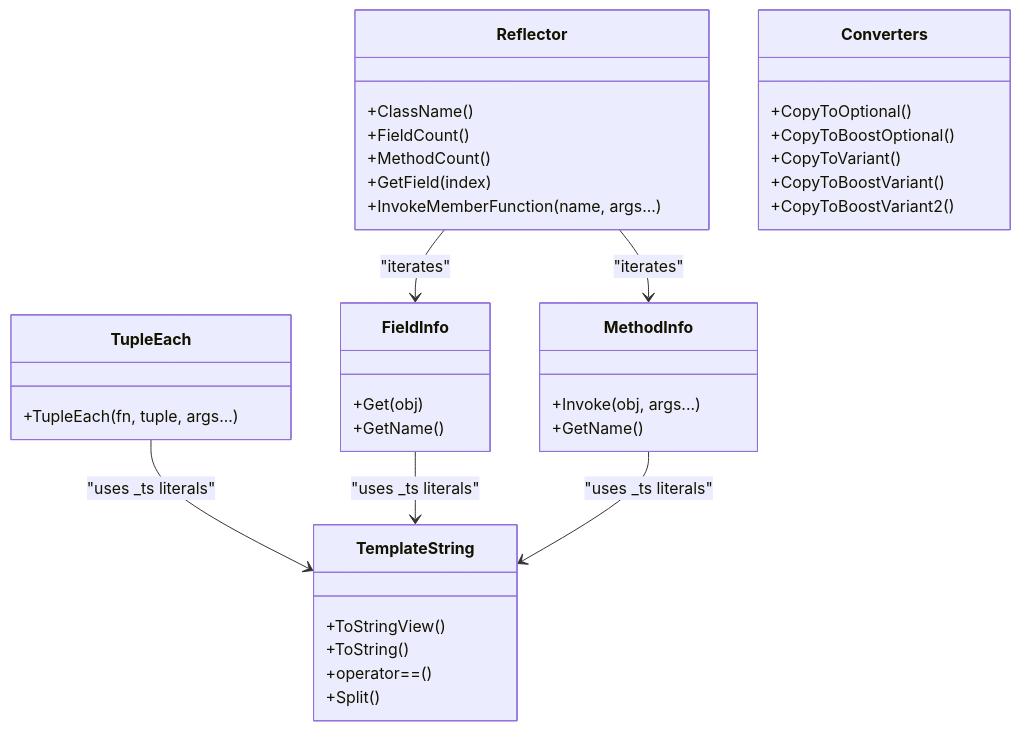
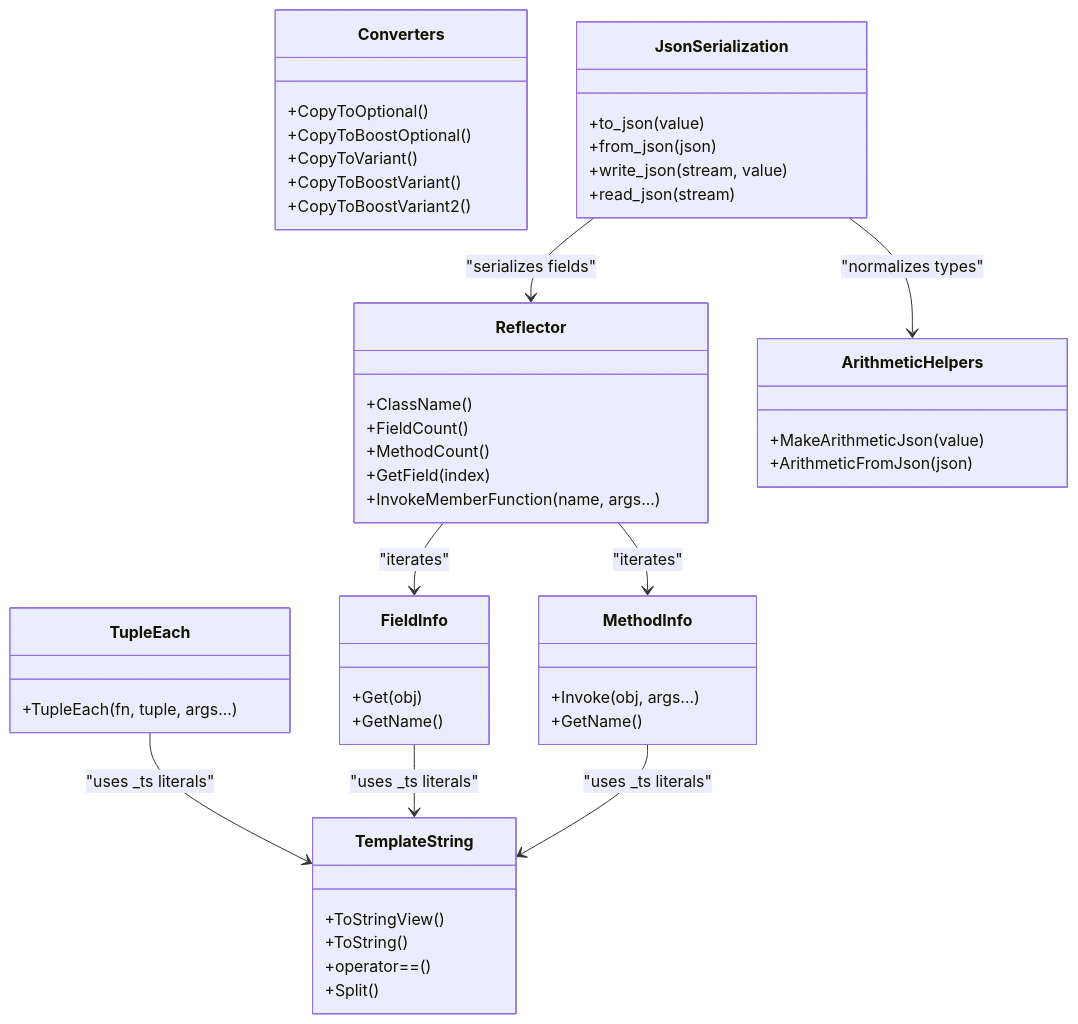
Before and after one commit to hsmbanlance/HsBaSlicer: the second of 7 diagrams in .qoder/repowiki/en/content/Core Modules/Foundation Layer (base_)/Template Metaprogramming Helpers.md, drawn with Mermaid. The commit also changed other lines of this file and 66 other files, not shown here.

````diff
--- a/.qoder/repowiki/en/content/Core Modules/Foundation Layer (base_)/Template Metaprogramming Helpers.md
+++ b/.qoder/repowiki/en/content/Core Modules/Foundation Layer (base_)/Template Metaprogramming Helpers.md
@@ -91,39 +109,51 @@
 ```mermaid
 classDiagram
 class TemplateString {
 +ToStringView()
 +ToString()
 +operator==()
 +Split()
 }
 class TupleEach {
 +TupleEach(fn, tuple, args...)
 }
 class FieldInfo {
 +Get(obj)
 +GetName()
 }
 class MethodInfo {
 +Invoke(obj, args...)
 +GetName()
 }
 class Reflector {
 +ClassName()
 +FieldCount()
 +MethodCount()
 +GetField(index)
 +InvokeMemberFunction(name, args...)
 }
 class Converters {
 +CopyToOptional()
 +CopyToBoostOptional()
 +CopyToVariant()
 +CopyToBoostVariant()
 +CopyToBoostVariant2()
 }
+class ArithmeticHelpers {
++MakeArithmeticJson(value)
++ArithmeticFromJson(json)
+}
+class JsonSerialization {
++to_json(value)
++from_json(json)
++write_json(stream, value)
++read_json(stream)
+}
 TupleEach --> TemplateString : "uses _ts literals"
 FieldInfo --> TemplateString : "uses _ts literals"
 MethodInfo --> TemplateString : "uses _ts literals"
 Reflector --> FieldInfo : "iterates"
 Reflector --> MethodInfo : "iterates"
+JsonSerialization --> ArithmeticHelpers : "normalizes types"
+JsonSerialization --> Reflector : "serializes fields"
 ```
````
